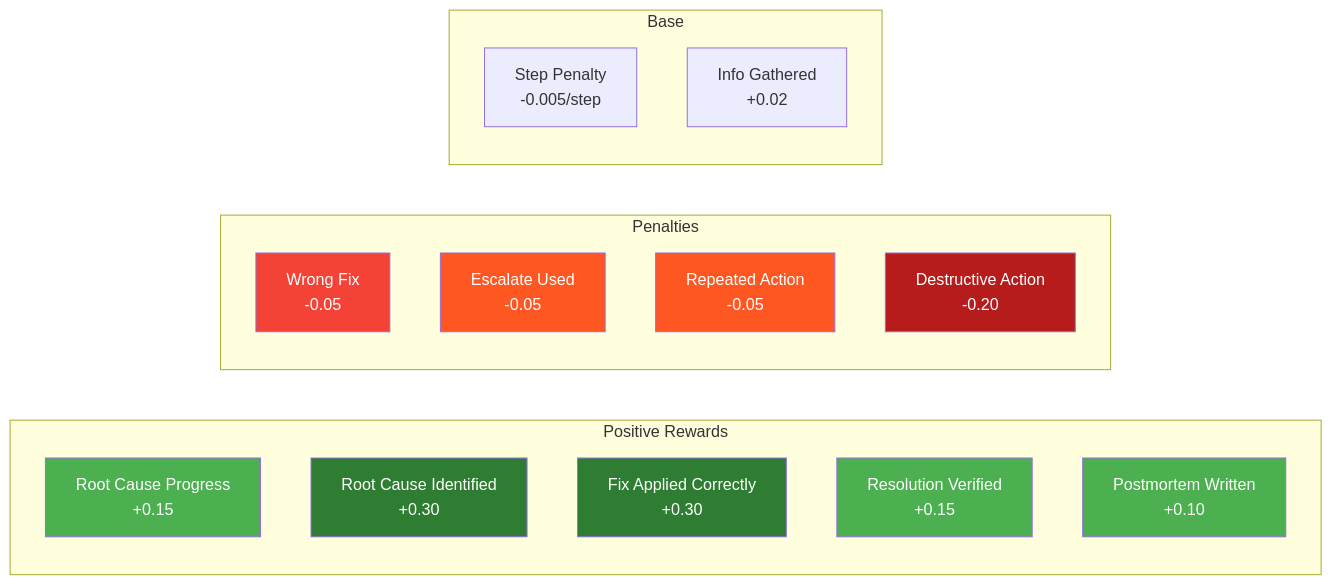
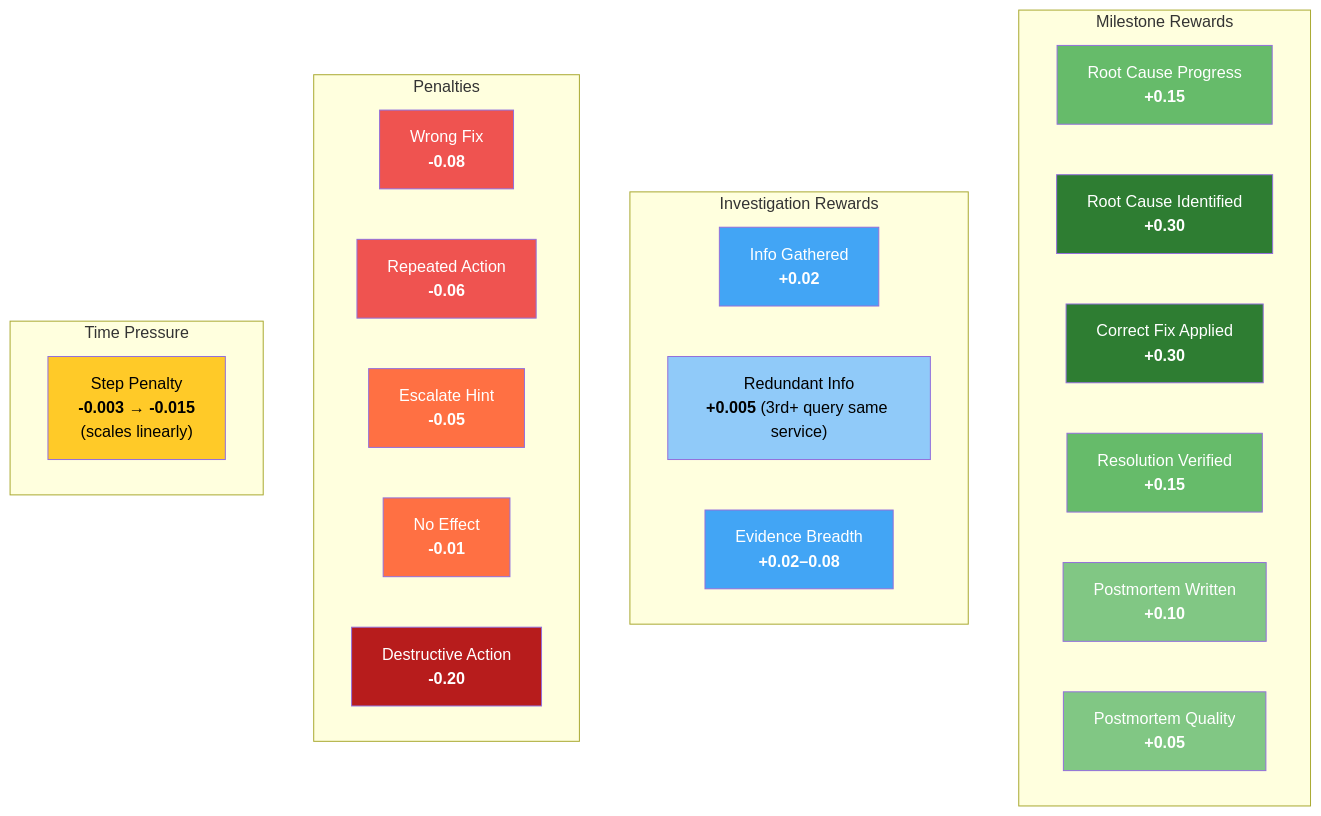
Before and after one commit to Airocult/Scaler-Meta-Competition-2026: diagram 14 of 15 in README.md, drawn with Mermaid. The commit also changed other lines of this file, not shown here.

Commit message:
Complete README rewrite: 16 tasks, Mermaid diagrams, UML, novel mechanics, investigation gating

````diff
--- a/README.md
+++ b/README.md
@@ -356,32 +710,45 @@
 ```mermaid
-graph LR
-    subgraph "Positive Rewards"
-        RC[Root Cause Progress<br/>+0.15]
-        RCI[Root Cause Identified<br/>+0.30]
-        FIX[Fix Applied Correctly<br/>+0.30]
-        VER[Resolution Verified<br/>+0.15]
-        PM[Postmortem Written<br/>+0.10]
+graph TB
+    subgraph "Milestone Rewards"
+        RCP["Root Cause Progress<br/><b>+0.15</b>"]
+        RCI["Root Cause Identified<br/><b>+0.30</b>"]
+        FIX["Correct Fix Applied<br/><b>+0.30</b>"]
+        VER["Resolution Verified<br/><b>+0.15</b>"]
+        PM["Postmortem Written<br/><b>+0.10</b>"]
+        PMQ["Postmortem Quality<br/><b>+0.05</b>"]
+    end
+
+    subgraph "Investigation Rewards"
+        INFO["Info Gathered<br/><b>+0.02</b>"]
+        RED["Redundant Info<br/><b>+0.005</b> (3rd+ query same service)"]
+        EB["Evidence Breadth<br/><b>+0.02–0.08</b>"]
     end
 
     subgraph "Penalties"
-        WF[Wrong Fix<br/>-0.05]
-        ESC[Escalate Used<br/>-0.05]
-        REP[Repeated Action<br/>-0.05]
-        DEST[Destructive Action<br/>-0.20]
+        WF["Wrong Fix<br/><b>-0.08</b>"]
+        RA["Repeated Action<br/><b>-0.06</b>"]
+        ESC["Escalate Hint<br/><b>-0.05</b>"]
+        NE["No Effect<br/><b>-0.01</b>"]
+        DEST["Destructive Action<br/><b>-0.20</b>"]
     end
 
-    subgraph "Base"
-        STEP[Step Penalty<br/>-0.005/step]
-        INFO[Info Gathered<br/>+0.02]
+    subgraph "Time Pressure"
+        SP["Step Penalty<br/><b>-0.003 → -0.015</b><br/>(scales linearly)"]
     end
 
-    style RC fill:#4CAF50,color:#fff
+    style RCP fill:#66BB6A,color:#fff
     style RCI fill:#2E7D32,color:#fff
     style FIX fill:#2E7D32,color:#fff
-    style VER fill:#4CAF50,color:#fff
-    style PM fill:#4CAF50,color:#fff
-    style WF fill:#f44336,color:#fff
-    style ESC fill:#FF5722,color:#fff
-    style REP fill:#FF5722,color:#fff
+    style VER fill:#66BB6A,color:#fff
+    style PM fill:#81C784,color:#fff
+    style PMQ fill:#81C784,color:#fff
+    style INFO fill:#42A5F5,color:#fff
+    style EB fill:#42A5F5,color:#fff
+    style RED fill:#90CAF9,color:#000
+    style WF fill:#EF5350,color:#fff
+    style RA fill:#EF5350,color:#fff
+    style ESC fill:#FF7043,color:#fff
+    style NE fill:#FF7043,color:#fff
     style DEST fill:#B71C1C,color:#fff
+    style SP fill:#FFCA28,color:#000
 ```
````
